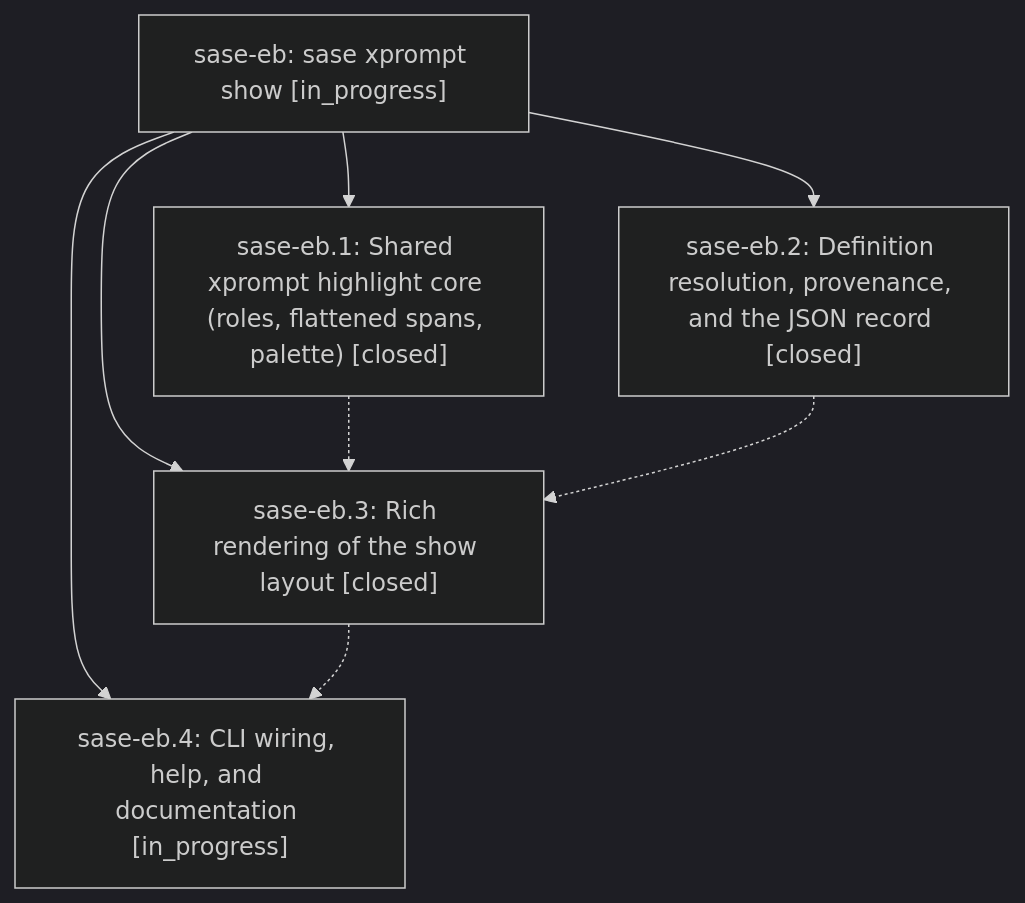
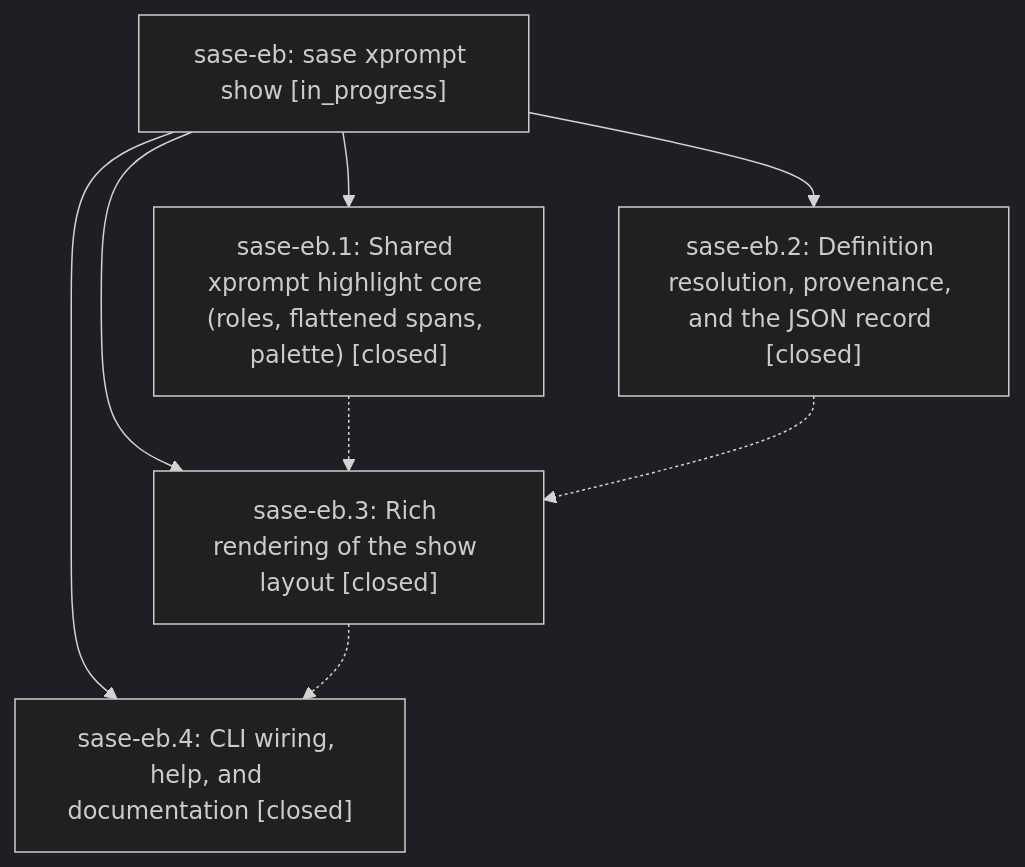
One commit to sase-org/sase--beads changed the diagram in pages/sase-eb/README.md. Above: the diagram before and after it, drawn with Mermaid (dark theme). The commit also changed other lines of this file and 2 other files, not shown here.

First line of the commit message:
chore(beads): sync bead state and pages for sase-eb

````diff
--- a/pages/sase-eb/README.md
+++ b/pages/sase-eb/README.md
@@ -25,15 +25,15 @@
 ```mermaid
 flowchart TD
     n0["sase-eb: sase xprompt show [in_progress]"]
     n1["sase-eb.1: Shared xprompt highlight core (roles, flattened spans, palette) [closed]"]
     n2["sase-eb.2: Definition resolution, provenance, and the JSON record [closed]"]
     n3["sase-eb.3: Rich rendering of the show layout [closed]"]
-    n4["sase-eb.4: CLI wiring, help, and documentation [in_progress]"]
+    n4["sase-eb.4: CLI wiring, help, and documentation [closed]"]
     n0 --> n1
     n0 --> n2
     n0 --> n3
     n0 --> n4
     n1 -.-> n3
     n2 -.-> n3
     n3 -.-> n4
 ```
````
